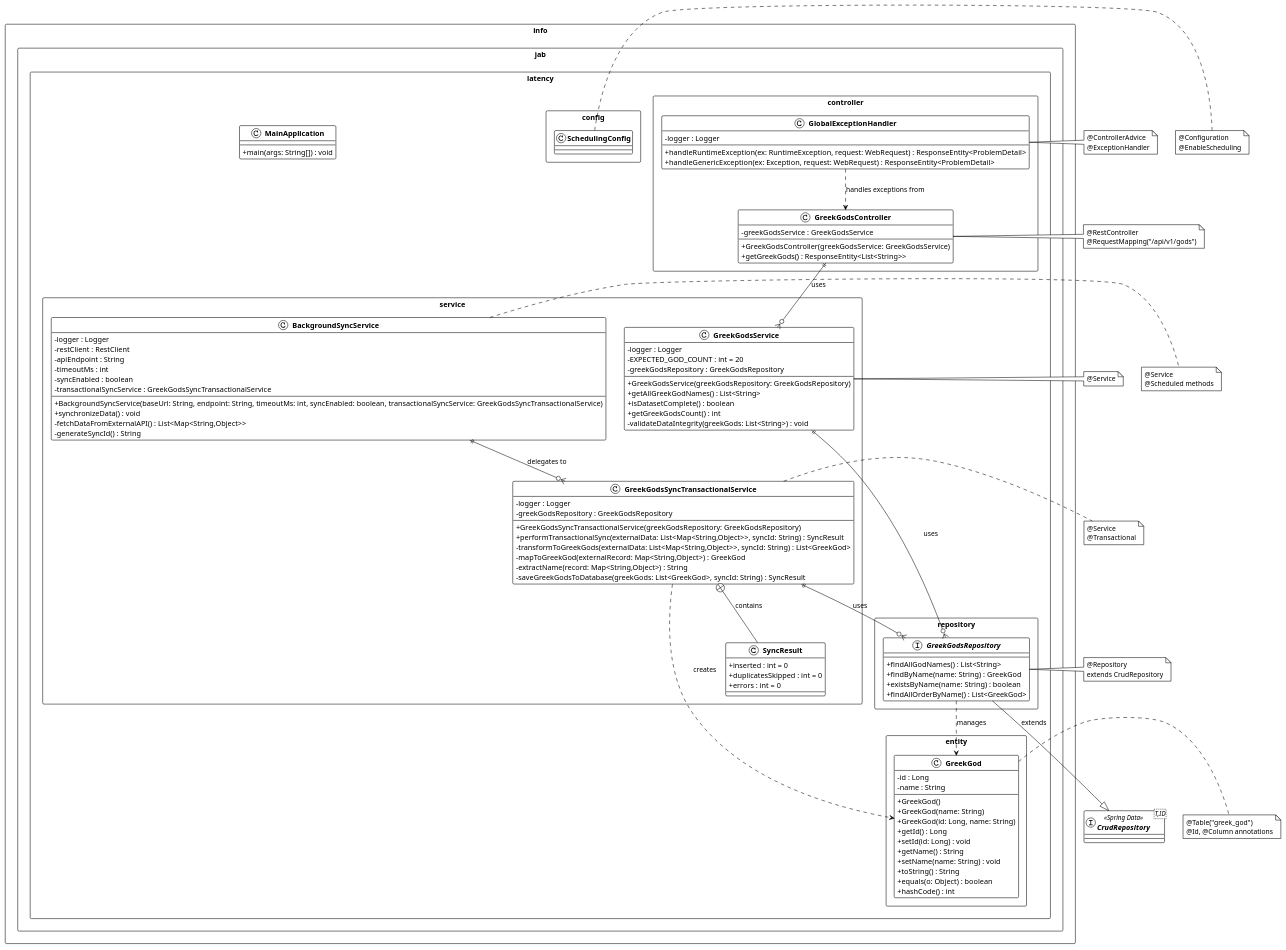
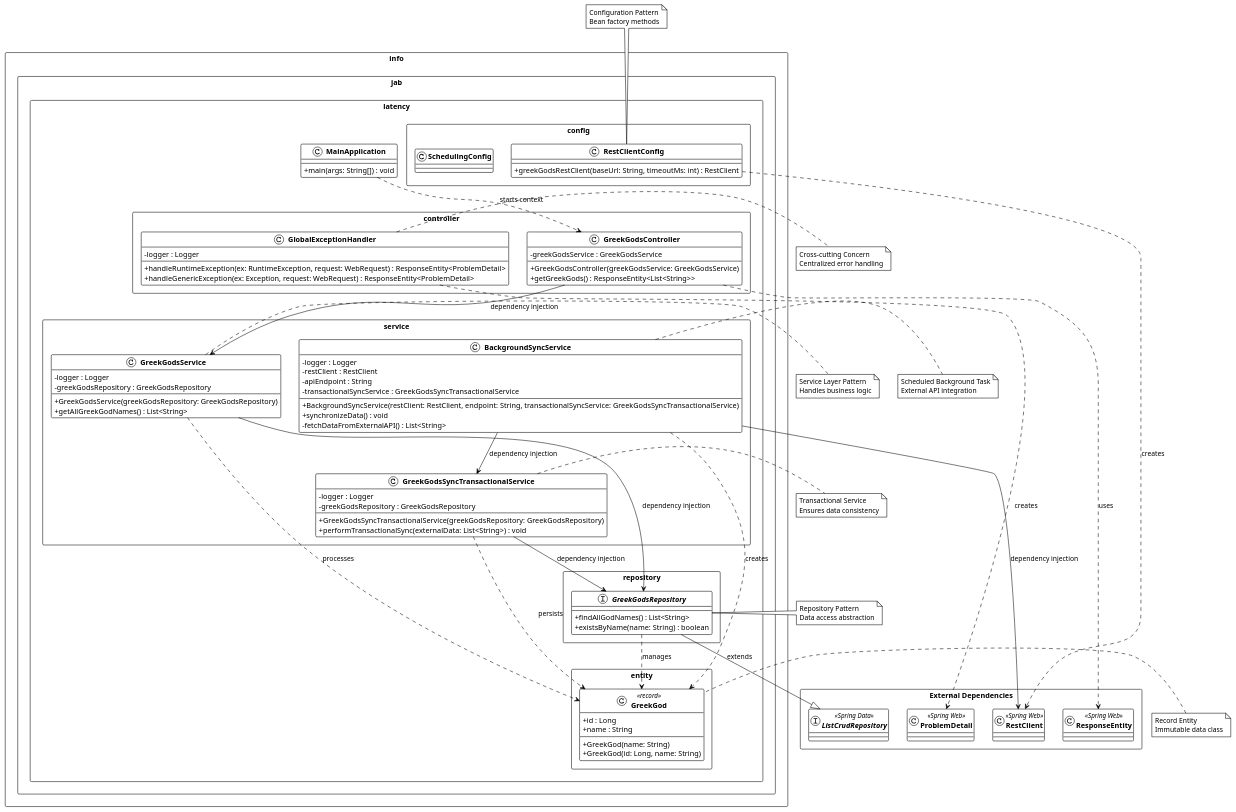
Before and after one commit to jabrena/cursor-rules-examples: the diagram in problem5/design/GreekGodsAPI_ClassDiagram.puml, drawn with PlantUML. The commit also changed 3 other files, not shown here.

```diff
--- a/problem5/design/GreekGodsAPI_ClassDiagram.puml
+++ b/problem5/design/GreekGodsAPI_ClassDiagram.puml
@@ -1,135 +1,131 @@
 @startuml GreekGodsAPI_ClassDiagram
 !theme plain
 skinparam classAttributeIconSize 0
 skinparam classFontStyle bold
 skinparam packageStyle rectangle
 
 ' Package declarations
+package "info.jab.latency" {
+    class MainApplication {
+        + main(args: String[]) : void
+    }
+}
+
+package "info.jab.latency.config" {
+    class RestClientConfig {
+        + greekGodsRestClient(baseUrl: String, timeoutMs: int) : RestClient
+    }
+
+    class SchedulingConfig {
+    }
+}
+
 package "info.jab.latency.controller" {
     class GreekGodsController {
         - greekGodsService : GreekGodsService
         --
         + GreekGodsController(greekGodsService: GreekGodsService)
         + getGreekGods() : ResponseEntity<List<String>>
     }
 
     class GlobalExceptionHandler {
         - logger : Logger
         --
         + handleRuntimeException(ex: RuntimeException, request: WebRequest) : ResponseEntity<ProblemDetail>
         + handleGenericException(ex: Exception, request: WebRequest) : ResponseEntity<ProblemDetail>
     }
 }
 
+package "info.jab.latency.entity" {
+    class GreekGod <<record>> {
+        + id : Long
+        + name : String
+        --
+        + GreekGod(name: String)
+        + GreekGod(id: Long, name: String)
+    }
+}
+
+package "info.jab.latency.repository" {
+    interface GreekGodsRepository {
+        + findAllGodNames() : List<String>
+        + existsByName(name: String) : boolean
+    }
+}
+
 package "info.jab.latency.service" {
     class GreekGodsService {
         - logger : Logger
-        - EXPECTED_GOD_COUNT : int = 20
         - greekGodsRepository : GreekGodsRepository
         --
         + GreekGodsService(greekGodsRepository: GreekGodsRepository)
         + getAllGreekGodNames() : List<String>
-        + isDatasetComplete() : boolean
-        + getGreekGodsCount() : int
-        - validateDataIntegrity(greekGods: List<String>) : void
     }
 
     class BackgroundSyncService {
         - logger : Logger
         - restClient : RestClient
         - apiEndpoint : String
-        - timeoutMs : int
-        - syncEnabled : boolean
         - transactionalSyncService : GreekGodsSyncTransactionalService
         --
-        + BackgroundSyncService(baseUrl: String, endpoint: String, timeoutMs: int, syncEnabled: boolean, transactionalSyncService: GreekGodsSyncTransactionalService)
+        + BackgroundSyncService(restClient: RestClient, endpoint: String, transactionalSyncService: GreekGodsSyncTransactionalService)
         + synchronizeData() : void
-        - fetchDataFromExternalAPI() : List<Map<String,Object>>
-        - generateSyncId() : String
+        - fetchDataFromExternalAPI() : List<String>
     }
 
     class GreekGodsSyncTransactionalService {
         - logger : Logger
         - greekGodsRepository : GreekGodsRepository
         --
         + GreekGodsSyncTransactionalService(greekGodsRepository: GreekGodsRepository)
-        + performTransactionalSync(externalData: List<Map<String,Object>>, syncId: String) : SyncResult
-        - transformToGreekGods(externalData: List<Map<String,Object>>, syncId: String) : List<GreekGod>
-        - mapToGreekGod(externalRecord: Map<String,Object>) : GreekGod
-        - extractName(record: Map<String,Object>) : String
-        - saveGreekGodsToDatabase(greekGods: List<GreekGod>, syncId: String) : SyncResult
-    }
-
-    class SyncResult {
-        + inserted : int = 0
-        + duplicatesSkipped : int = 0
-        + errors : int = 0
+        + performTransactionalSync(externalData: List<String>) : void
     }
 }
 
-package "info.jab.latency.repository" {
-    interface GreekGodsRepository {
-        + findAllGodNames() : List<String>
-        + findByName(name: String) : GreekGod
-        + existsByName(name: String) : boolean
-        + findAllOrderByName() : List<GreekGod>
+' External Dependencies (Spring Framework)
+package "External Dependencies" {
+    interface ListCrudRepository <<Spring Data>> {
+    }
+
+    class RestClient <<Spring Web>> {
+    }
+
+    class ResponseEntity <<Spring Web>> {
+    }
+
+    class ProblemDetail <<Spring Web>> {
     }
 }
 
-package "info.jab.latency.entity" {
-    class GreekGod {
-        - id : Long
-        - name : String
-        --
-        + GreekGod()
-        + GreekGod(name: String)
-        + GreekGod(id: Long, name: String)
-        + getId() : Long
-        + setId(id: Long) : void
-        + getName() : String
-        + setName(name: String) : void
-        + toString() : String
-        + equals(o: Object) : boolean
-        + hashCode() : int
-    }
-}
+' Relationships - Dependency Injection
+GreekGodsController --> GreekGodsService : dependency injection
+GreekGodsService --> GreekGodsRepository : dependency injection
+BackgroundSyncService --> RestClient : dependency injection
+BackgroundSyncService --> GreekGodsSyncTransactionalService : dependency injection
+GreekGodsSyncTransactionalService --> GreekGodsRepository : dependency injection
 
-package "info.jab.latency.config" {
-    class SchedulingConfig {
-    }
-}
+' Relationships - Extends/Implements
+GreekGodsRepository --|> ListCrudRepository : extends
 
-package "info.jab.latency" {
-    class MainApplication {
-        + main(args: String[]) : void
-    }
-}
+' Relationships - Uses/Aggregation
+GreekGodsController ..> ResponseEntity : uses
+GreekGodsService ..> GreekGod : processes
+GreekGodsRepository ..> GreekGod : manages
+BackgroundSyncService ..> GreekGod : creates
+GreekGodsSyncTransactionalService ..> GreekGod : persists
+GlobalExceptionHandler ..> ProblemDetail : creates
 
-' Spring Framework External Dependencies
-interface CrudRepository<T,ID> <<Spring Data>> {
-}
+' Relationships - Configuration
+RestClientConfig ..> RestClient : creates
+MainApplication ..> GreekGodsController : starts context
 
-' Relationships - Composition and Dependencies
-GreekGodsController ||--o{ GreekGodsService : uses
-GreekGodsService ||--o{ GreekGodsRepository : uses
-GreekGodsRepository --|> CrudRepository : extends
-GreekGodsRepository ..> GreekGod : manages
-BackgroundSyncService ||--o{ GreekGodsSyncTransactionalService : delegates to
-GreekGodsSyncTransactionalService ||--o{ GreekGodsRepository : uses
-GreekGodsSyncTransactionalService ..> GreekGod : creates
-GreekGodsSyncTransactionalService +-- SyncResult : contains
-
-' Exception handling relationship
-GlobalExceptionHandler ..> GreekGodsController : handles exceptions from
-
-' Annotation stereotypes
-note right of GreekGodsController : @RestController\n@RequestMapping("/api/v1/gods")
-note right of GreekGodsService : @Service
-note right of BackgroundSyncService : @Service\n@Scheduled methods
-note right of GreekGodsSyncTransactionalService : @Service\n@Transactional
-note right of GreekGodsRepository : @Repository\nextends CrudRepository
-note right of GreekGod : @Table("greek_god")\n@Id, @Column annotations
-note right of GlobalExceptionHandler : @ControllerAdvice\n@ExceptionHandler
-note right of SchedulingConfig : @Configuration\n@EnableScheduling
+' Notes for important design patterns
+note right of GreekGodsService : Service Layer Pattern\nHandles business logic
+note right of BackgroundSyncService : Scheduled Background Task\nExternal API integration
+note right of GreekGodsSyncTransactionalService : Transactional Service\nEnsures data consistency
+note right of GlobalExceptionHandler : Cross-cutting Concern\nCentralized error handling
+note right of GreekGodsRepository : Repository Pattern\nData access abstraction
+note left of GreekGod : Record Entity\nImmutable data class
+note top of RestClientConfig : Configuration Pattern\nBean factory methods
 
 @enduml
```
